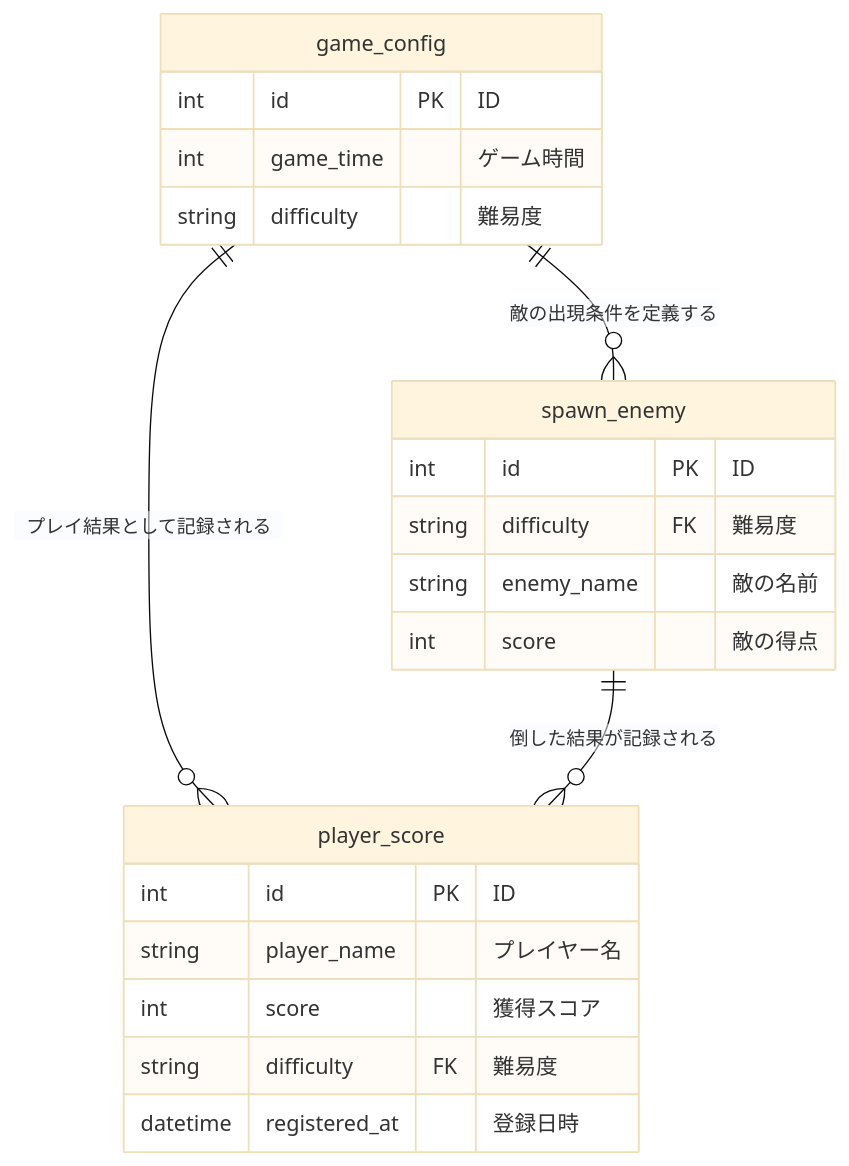
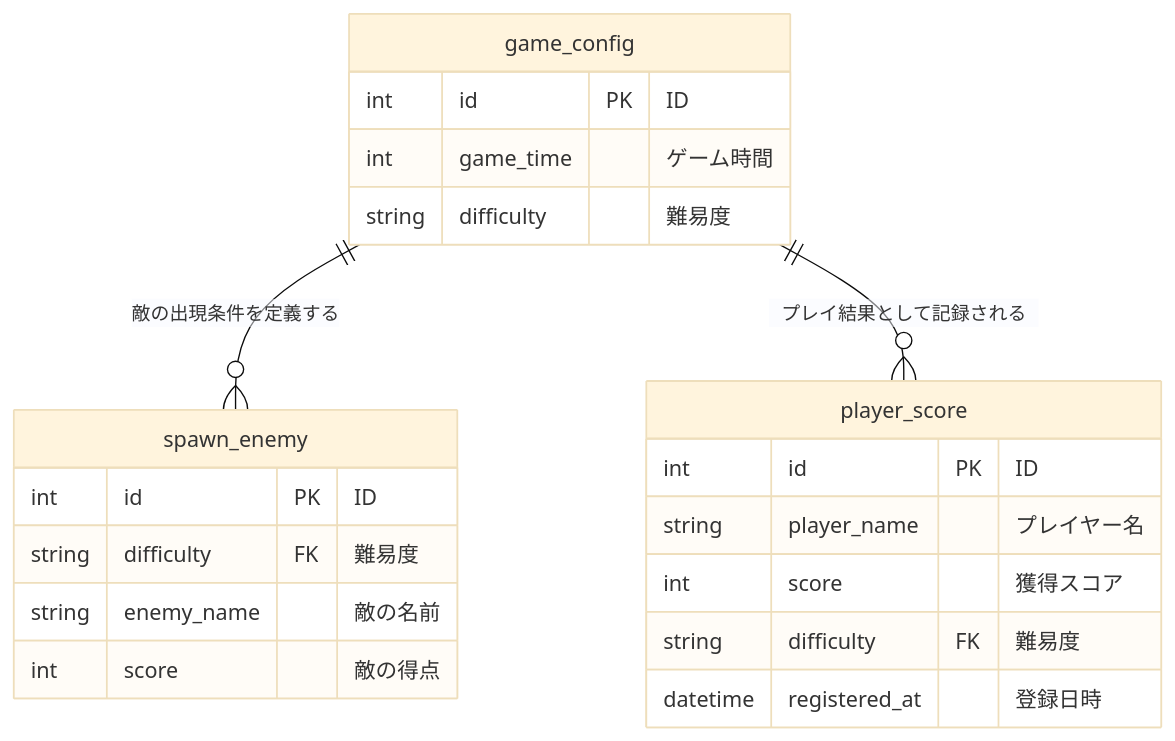
Before and after one commit to SeiyaYanamoto/RestApiApp: the diagram in README.md, drawn with Mermaid (base theme).

Commit message:
『データベース設計』の変更
ER図の訂正

````diff
--- a/README.md
+++ b/README.md
@@ -19,27 +19,26 @@
 ```mermaid
 erDiagram
     game_config ||--o{ spawn_enemy : "敵の出現条件を定義する"
     game_config ||--o{ player_score : "プレイ結果として記録される"
-    spawn_enemy ||--o{ player_score : "倒した結果が記録される"
 
     game_config {
         int id PK "ID"
         int game_time "ゲーム時間"
         string difficulty "難易度"
     }
 
     spawn_enemy {
         int id PK "ID"
         string difficulty FK "難易度"
         string enemy_name "敵の名前"
         int score "敵の得点"
     }
 
     player_score {
         int id PK "ID"
         string player_name "プレイヤー名"
         int score "獲得スコア"
         string difficulty FK "難易度"
         datetime registered_at "登録日時"
     }
 ```
````
